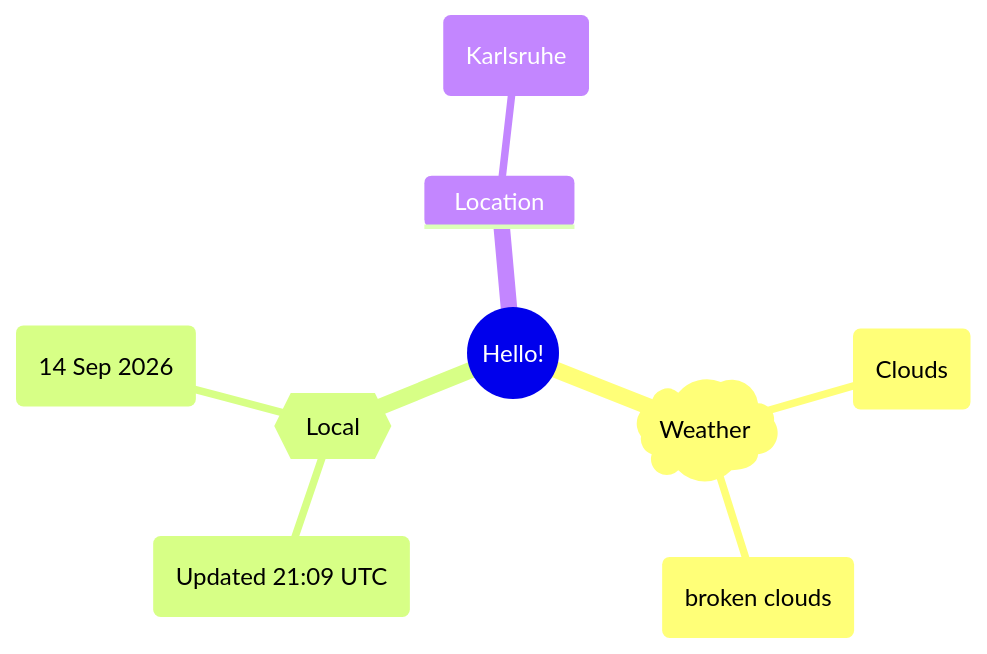
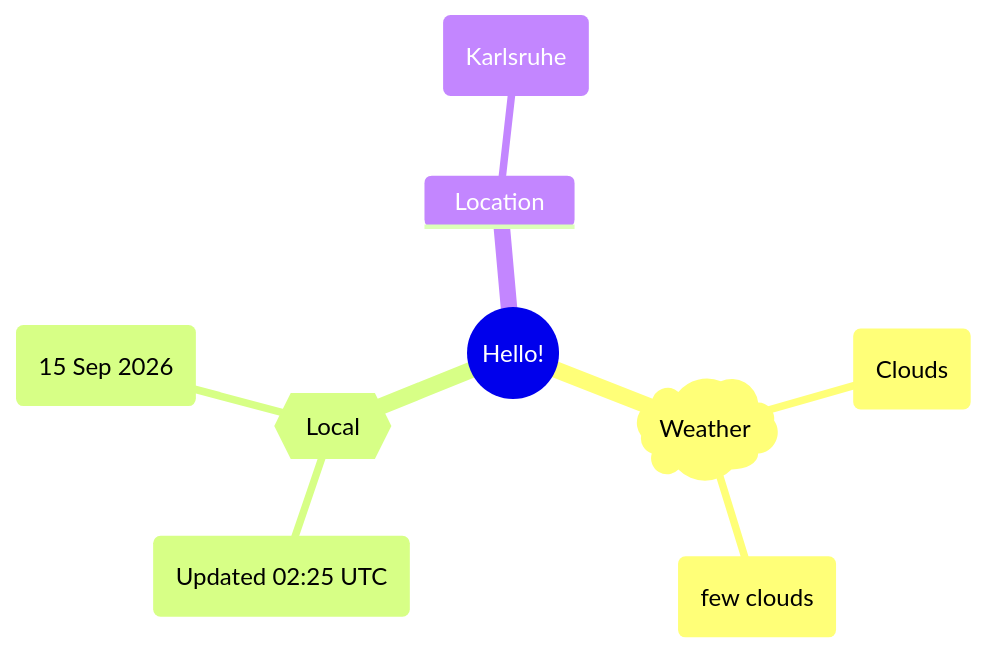
Before and after one commit to Xosrov/Xosrov: the first of 2 diagrams in README.md, drawn with Mermaid.

Commit message:
[bot] updated images

````diff
--- a/README.md
+++ b/README.md
@@ -3,12 +3,12 @@
 ```mermaid
 mindmap
   root((Hello!))
     )Weather(
         (Clouds)
-        (broken clouds)
+        (few clouds)
     {{Local}}
-        (Updated 21:09 UTC)
-        (14 Sep 2026)
+        (Updated 02:25 UTC)
+        (15 Sep 2026)
     Location
         (Karlsruhe)
 ```
````
